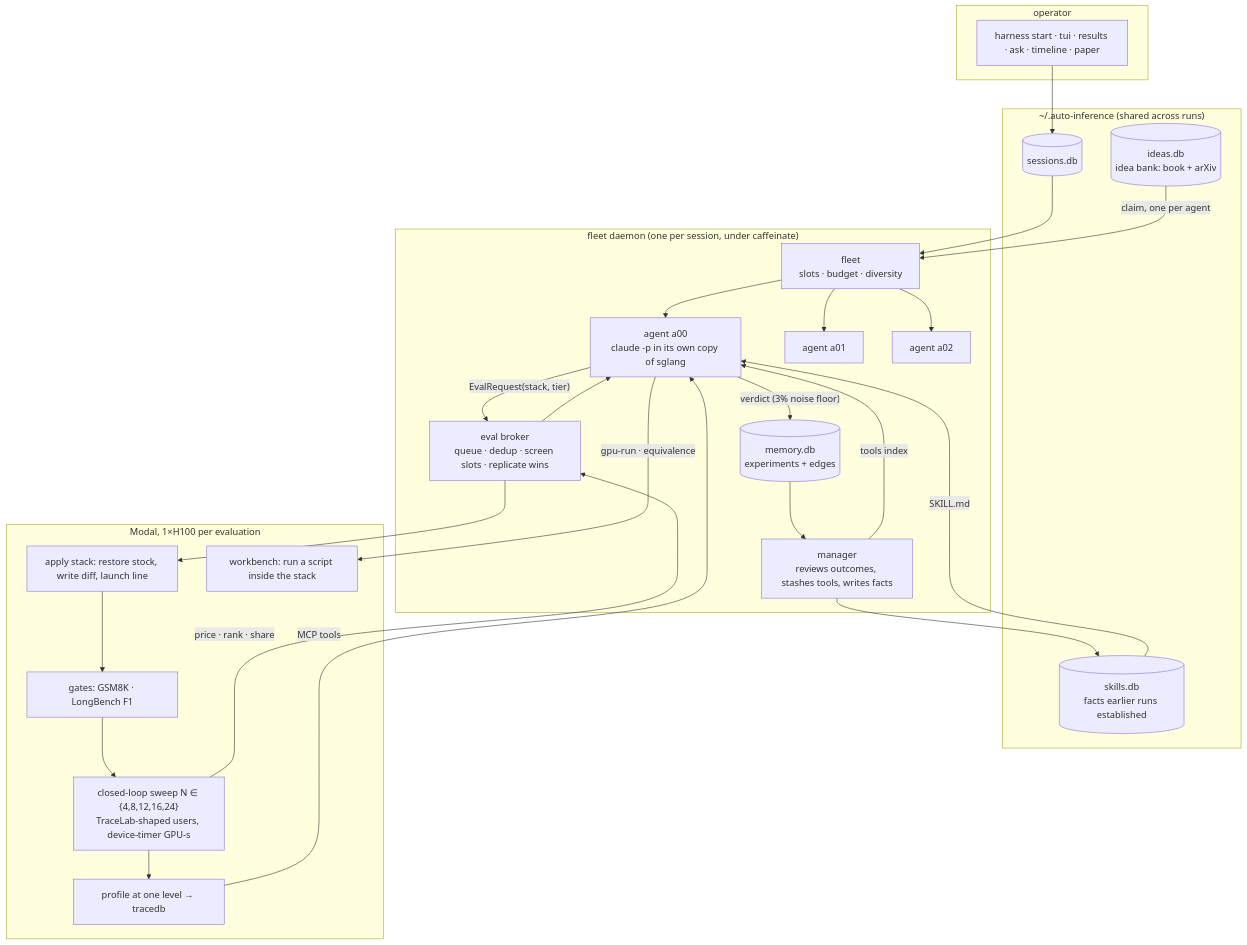
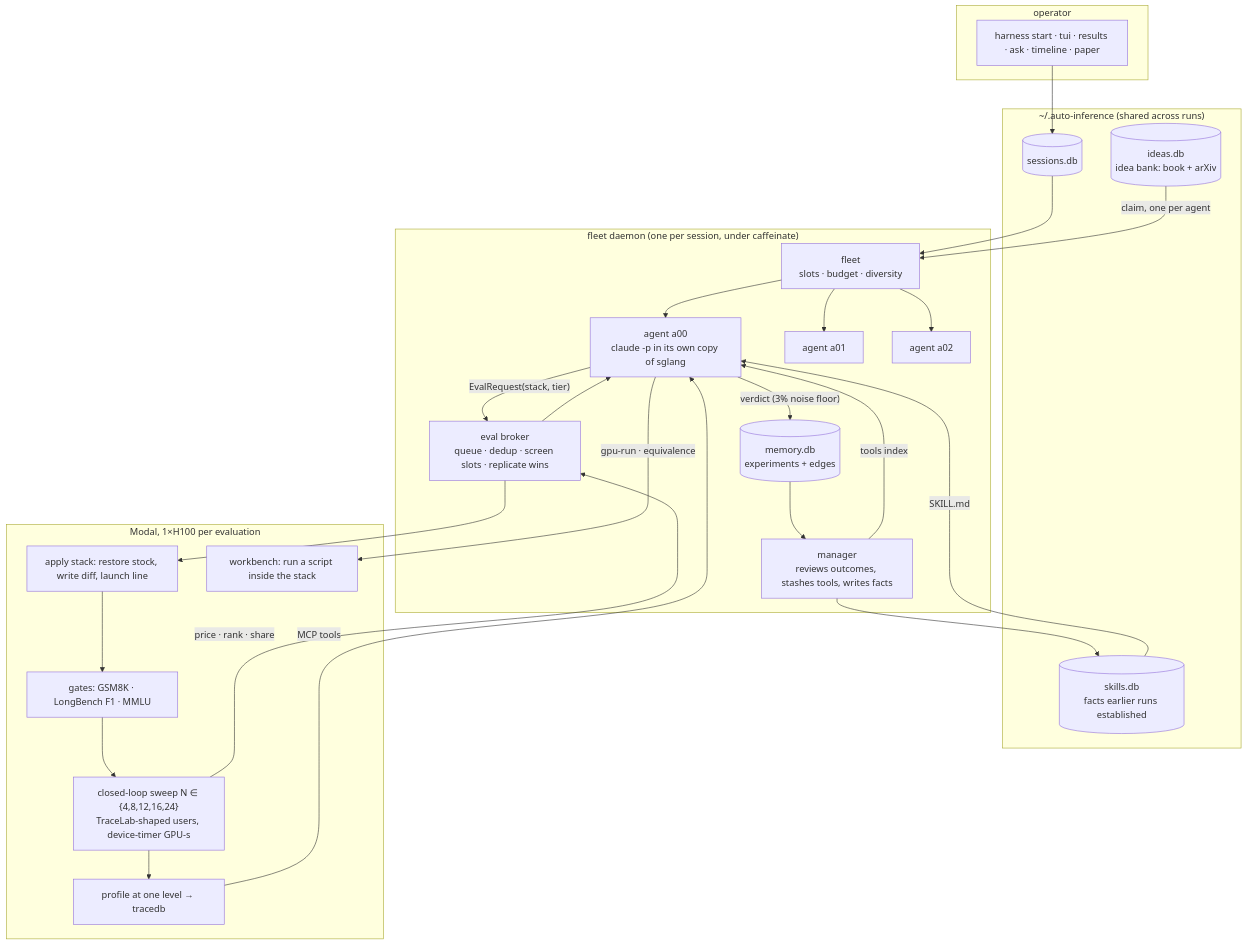
The diagram in README.md (mpeng19/auto-inference), drawn with Mermaid before and after one commit. The commit also changed other lines of this file and 27 other files, not shown here.

````diff
--- a/README.md
+++ b/README.md
@@ -13,39 +13,39 @@
 ```mermaid
 flowchart TB
   subgraph you["operator"]
     CLI["harness start · tui · results · ask · timeline · paper"]
   end
   subgraph shared["~/.auto-inference (shared across runs)"]
     BANK[("ideas.db<br/>idea bank: book + arXiv")]
     SKILLS[("skills.db<br/>facts earlier runs established")]
     STORE[("sessions.db")]
   end
   subgraph daemon["fleet daemon (one per session, under caffeinate)"]
     FLEET["fleet<br/>slots · budget · diversity"]
     MGR["manager<br/>reviews outcomes, stashes tools, writes facts"]
     A0["agent a00<br/>claude -p in its own copy of sglang"]
     A1["agent a01"]
     A2["agent a02"]
     BROKER["eval broker<br/>queue · dedup · screen slots · replicate wins"]
     MEM[("memory.db<br/>experiments + edges")]
   end
   subgraph modal["Modal, 1×H100 per evaluation"]
     APPLY["apply stack: restore stock, write diff, launch line"]
-    GATES["gates: GSM8K · LongBench F1"]
+    GATES["gates: GSM8K · LongBench F1 · MMLU"]
     SWEEP["closed-loop sweep N ∈ {4,8,12,16,24}<br/>TraceLab-shaped users, device-timer GPU-s"]
     PROF["profile at one level → tracedb"]
     WB["workbench: run a script inside the stack"]
   end
   CLI --> STORE --> FLEET
   BANK -- "claim, one per agent" --> FLEET
   FLEET --> A0 & A1 & A2
   SKILLS -- "SKILL.md" --> A0
   MGR -- "tools index" --> A0
   A0 -- "EvalRequest(stack, tier)" --> BROKER
   A0 -- "gpu-run · equivalence" --> WB
   BROKER --> APPLY --> GATES --> SWEEP --> PROF
   SWEEP -- "price · rank · share" --> BROKER --> A0
   A0 -- "verdict (3% noise floor)" --> MEM
   MEM --> MGR --> SKILLS
   PROF -- "MCP tools" --> A0
 ```
````
